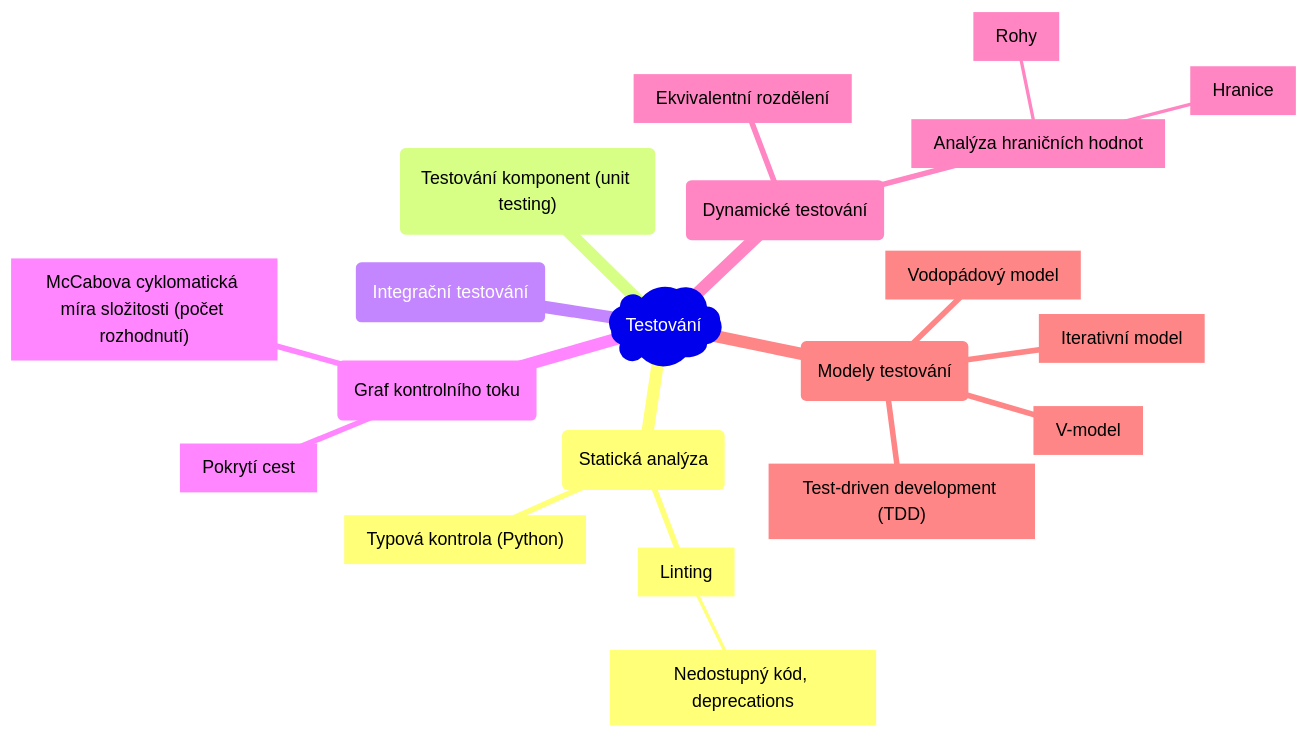
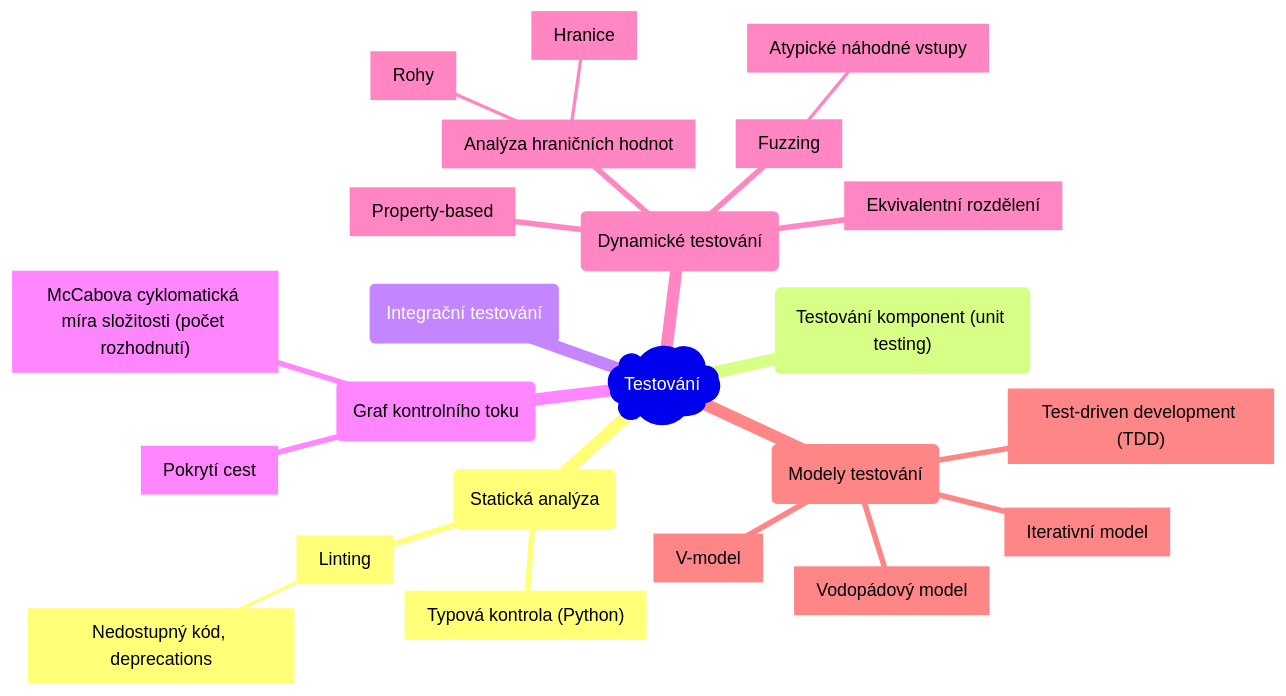
The first of 14 diagrams in src/it/software_engineering.md (matejfric/mdbook), drawn with Mermaid before and after one commit. The commit also changed other lines of this file and 2 other files, not shown here.

````diff
--- a/src/it/software_engineering.md
+++ b/src/it/software_engineering.md
@@ -25,23 +33,26 @@
 ```mermaid
 mindmap
   root )Testování)
     (Statická analýza)
         ["Typová kontrola (Python)"]
         ["Linting"]
             [Nedostupný kód, deprecations]
     ("Testování komponent (unit testing)")
     (Integrační testování)
     (Graf kontrolního toku)
         [Pokrytí cest]
         ["McCabova cyklomatická míra složitosti (počet rozhodnutí)"]
     (Dynamické testování)
         [Ekvivalentní rozdělení]
         [Analýza hraničních hodnot]
             [Hranice]
             [Rohy]
+        [Fuzzing]
+            [Atypické náhodné vstupy]
+        [Property-based]
     (Modely testování)
         [Vodopádový model]
         [V-model]
         [Iterativní model]
         ["Test-driven development (TDD)"]
 ```
````
